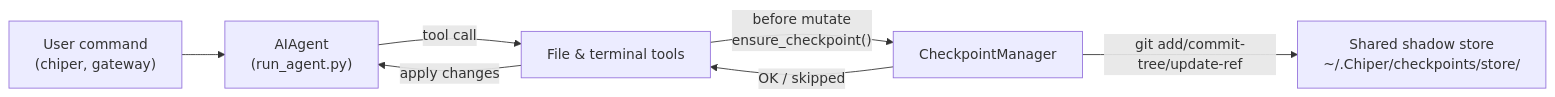
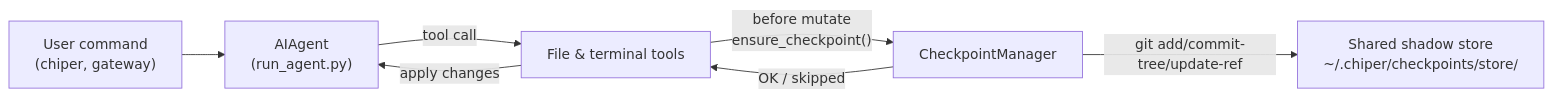
The diagram in website/docs/user-guide/checkpoints-and-rollback.md (iamtubasya/chiper-agent), drawn with Mermaid before and after one commit. The commit also changed other lines of this file and 835 other files, not shown here.

````diff
--- a/website/docs/user-guide/checkpoints-and-rollback.md
+++ b/website/docs/user-guide/checkpoints-and-rollback.md
@@ -69,15 +69,15 @@
 ```mermaid
 flowchart LR
   user["User command\n(chiper, gateway)"]
   agent["AIAgent\n(run_agent.py)"]
   tools["File & terminal tools"]
   cpMgr["CheckpointManager"]
-  store["Shared shadow store\n~/.Chiper/checkpoints/store/"]
+  store["Shared shadow store\n~/.chiper/checkpoints/store/"]
 
   user --> agent
   agent -->|"tool call"| tools
   tools -->|"before mutate\nensure_checkpoint()"| cpMgr
   cpMgr -->|"git add/commit-tree/update-ref"| store
   cpMgr -->|"OK / skipped"| tools
   tools -->|"apply changes"| agent
 ```
````
